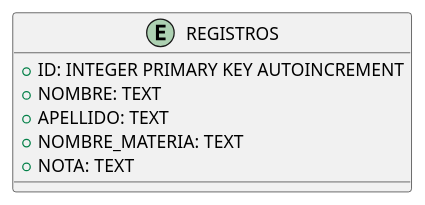
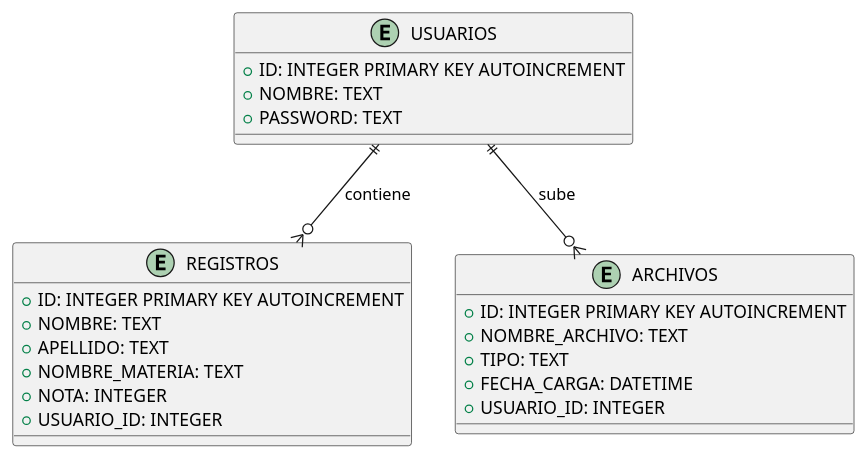
Before and after one commit to Nicokac/TP1---dise-o-de-sistemas-1: the diagram in DER.plantuml, drawn with PlantUML.

Commit message:
TP1 - diseño de sistemas 1 v1.0.1

```diff
--- a/DER.plantuml
+++ b/DER.plantuml
@@ -1,11 +1,30 @@
 @startuml DER - Diseño de sistemas 1
+
+entity "USUARIOS" {
+    + ID: INTEGER PRIMARY KEY AUTOINCREMENT
+    + NOMBRE: TEXT
+    + PASSWORD: TEXT
+}
 
 entity "REGISTROS" {
     + ID: INTEGER PRIMARY KEY AUTOINCREMENT
     + NOMBRE: TEXT
     + APELLIDO: TEXT
     + NOMBRE_MATERIA: TEXT
-    + NOTA: TEXT
+    + NOTA: INTEGER
+    + USUARIO_ID: INTEGER
 }
 
+entity "ARCHIVOS" {
+    + ID: INTEGER PRIMARY KEY AUTOINCREMENT
+    + NOMBRE_ARCHIVO: TEXT
+    + TIPO: TEXT
+    + FECHA_CARGA: DATETIME
+    + USUARIO_ID: INTEGER
+}
+
+USUARIOS ||--o{ REGISTROS : "contiene"
+USUARIOS ||--o{ ARCHIVOS : "sube"
+
+
 @enduml
```
